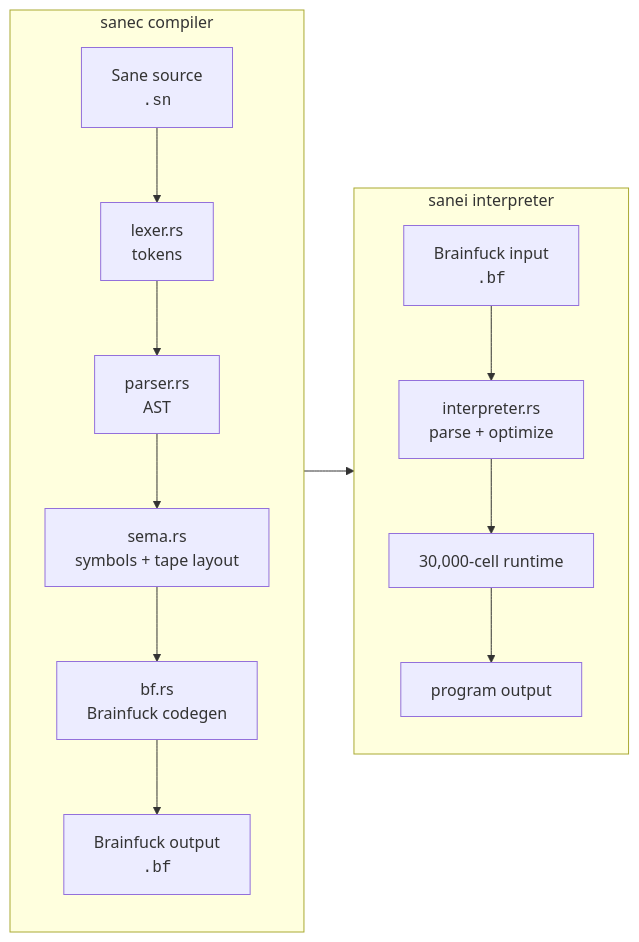
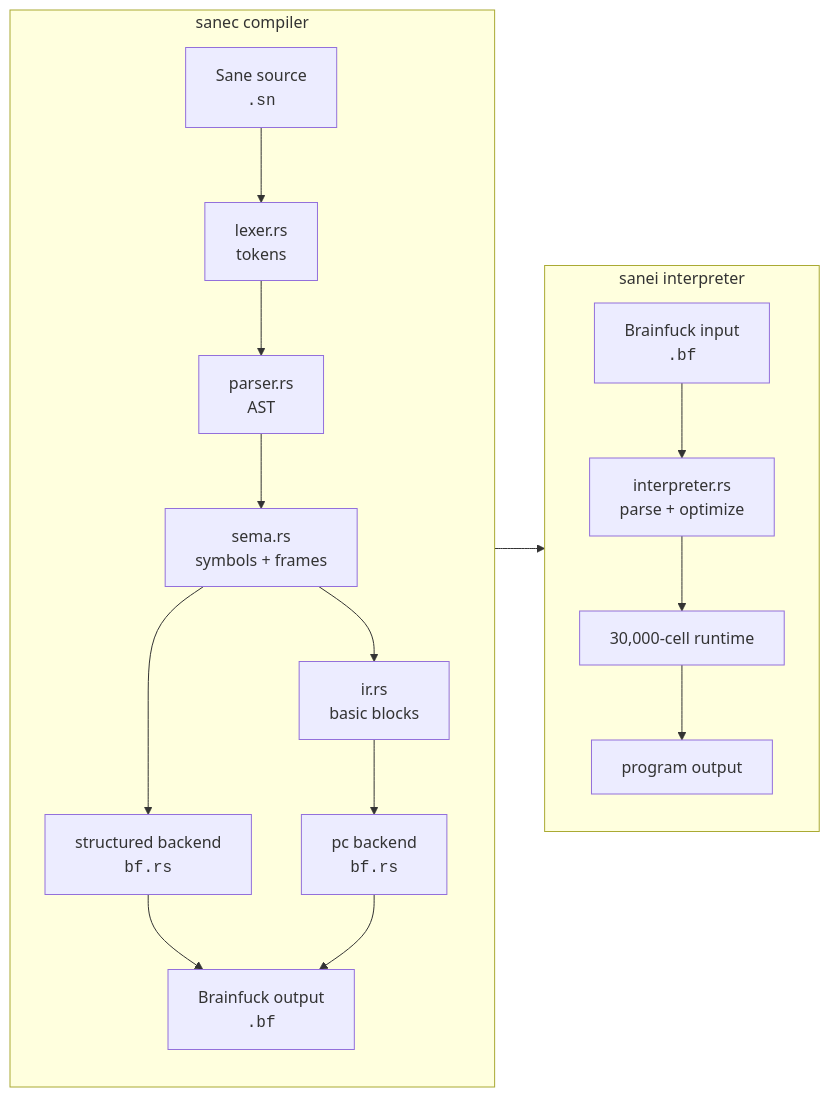
Before and after one commit to Eclipsky1337/sane: the diagram in docs/architecture.md, drawn with Mermaid. The commit also changed other lines of this file and 21 other files, not shown here.

````diff
--- a/docs/architecture.md
+++ b/docs/architecture.md
@@ -8,26 +8,30 @@
 ```mermaid
 flowchart LR
     subgraph compiler["sanec compiler"]
         direction TB
         source["Sane source<br/><code>.sn</code>"]
         lexer["lexer.rs<br/>tokens"]
         parser["parser.rs<br/>AST"]
-        sema["sema.rs<br/>symbols + tape layout"]
-        codegen["bf.rs<br/>Brainfuck codegen"]
+        sema["sema.rs<br/>symbols + frames"]
+        structured["structured backend<br/><code>bf.rs</code>"]
+        ir["ir.rs<br/>basic blocks"]
+        pc["pc backend<br/><code>bf.rs</code>"]
         output["Brainfuck output<br/><code>.bf</code>"]
 
-        source --> lexer --> parser --> sema --> codegen --> output
+        source --> lexer --> parser --> sema
+        sema --> structured --> output
+        sema --> ir --> pc --> output
     end
 
     subgraph runtime["sanei interpreter"]
         direction TB
         input["Brainfuck input<br/><code>.bf</code>"]
         parse["interpreter.rs<br/>parse + optimize"]
         execute["30,000-cell runtime"]
         result["program output"]
 
         input --> parse --> execute --> result
     end
 
     compiler --> runtime
 ```
````
